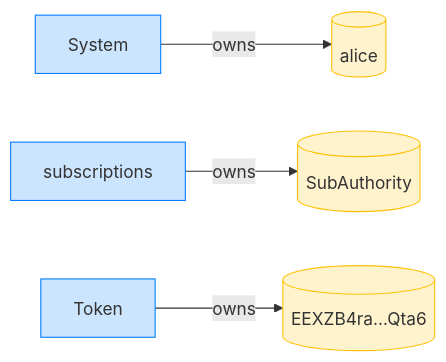
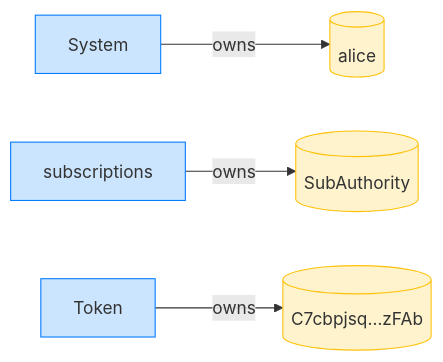
The fourth of 12 diagrams in dsl_tests/transfer-subscription--a-mismatched-subscription-is-refused.md (cds-rs/subscriptions), drawn with Mermaid before and after one commit. The commit also changed other lines of this file and 224 other files, not shown here.

````diff
--- a/dsl_tests/transfer-subscription--a-mismatched-subscription-is-refused.md
+++ b/dsl_tests/transfer-subscription--a-mismatched-subscription-is-refused.md
@@ -73,14 +78,14 @@
 ```mermaid
 flowchart LR
     classDef owner fill:#cce5ff,stroke:#007bff;
     classDef account fill:#fff3cd,stroke:#ffc107;
     System[System]:::owner
     alice[(alice)]:::account
     subscriptions[subscriptions]:::owner
     SubAuthority[(SubAuthority)]:::account
     Token[Token]:::owner
-    EEXZB4ra_Qta6[("EEXZB4ra…Qta6")]:::account
+    C7cbpjsq_zFAb[("C7cbpjsq…zFAb")]:::account
     System -->|owns| alice
     subscriptions -->|owns| SubAuthority
-    Token -->|owns| EEXZB4ra_Qta6
+    Token -->|owns| C7cbpjsq_zFAb
 ```
````
